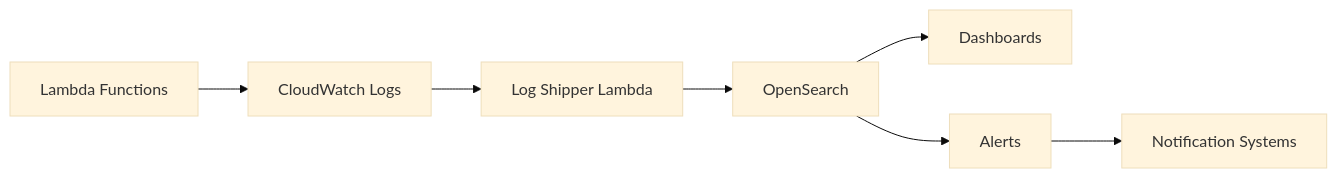
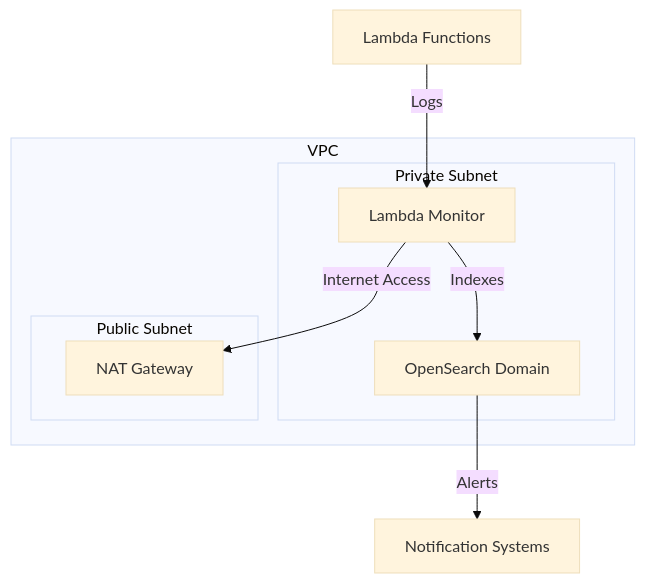
The diagram in lambda/README.md (cloudon-one/opensearch-monitoring), drawn with Mermaid (base theme) before and after one commit. The commit also changed other lines of this file, not shown here.

````diff
--- a/lambda/README.md
+++ b/lambda/README.md
@@ -44,9 +54,17 @@
 ```mermaid
-graph LR
-    A[Lambda Functions] --> B[CloudWatch Logs]
-    B --> C[Log Shipper Lambda]
-    C --> D[OpenSearch]
-    D --> E[Dashboards]
-    D --> F[Alerts]
-    F --> G[Notification Systems]
+graph TB
+    subgraph VPC
+        subgraph Private Subnet
+            B[Lambda Monitor]
+            C[OpenSearch Domain]
+        end
+        subgraph Public Subnet
+            D[NAT Gateway]
+        end
+    end
+    
+    A[Lambda Functions] -->|Logs| B
+    B -->|Indexes| C
+    B -->|Internet Access| D
+    C -->|Alerts| E[Notification Systems]
 ```
````
